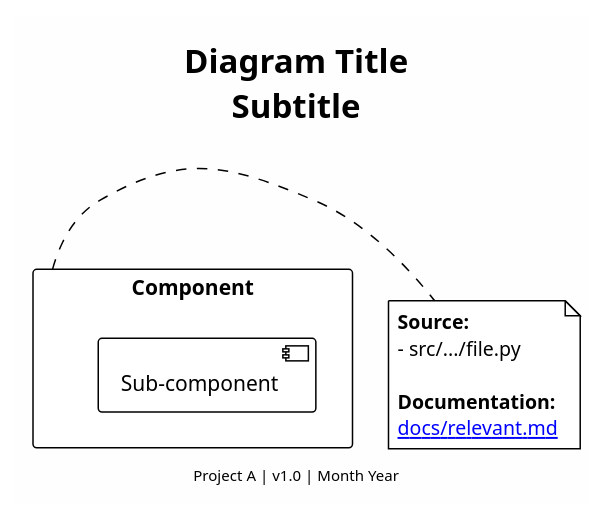
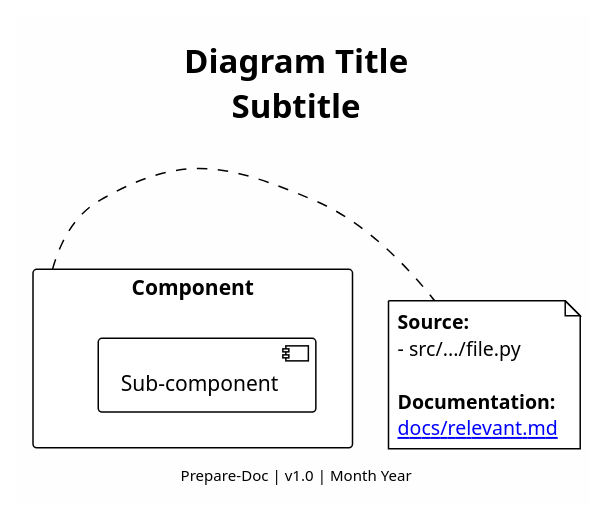
One commit to williaby/image-preprocessing-detector changed the third of 3 diagrams in docs/architecture/diagrams/README.md. Above: the diagram before and after it, drawn with PlantUML. The commit also changed other lines of this file and 212 other files, not shown here.

````diff
--- a/docs/architecture/diagrams/README.md
+++ b/docs/architecture/diagrams/README.md
@@ -232,23 +232,23 @@
 ```plantuml
 @startuml Diagram_Name
 !theme plain
 skinparam backgroundColor #FEFEFE
 
 title Diagram Title\nSubtitle
-footer Project A | v1.0 | Month Year
+footer Prepare-Doc | v1.0 | Month Year
 
 ' Components with traceability
 rectangle "Component" as Comp {
   [Sub-component]
 }
 
 note right of Comp
   **Source:**
   - src/.../file.py
 
   **Documentation:**
   [[docs/relevant.md]]
 end note
 
 @enduml
 ```
````
